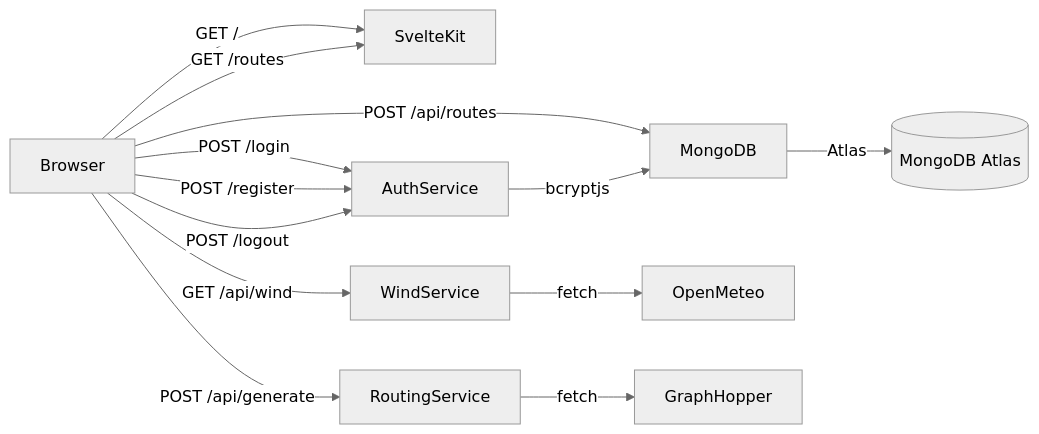
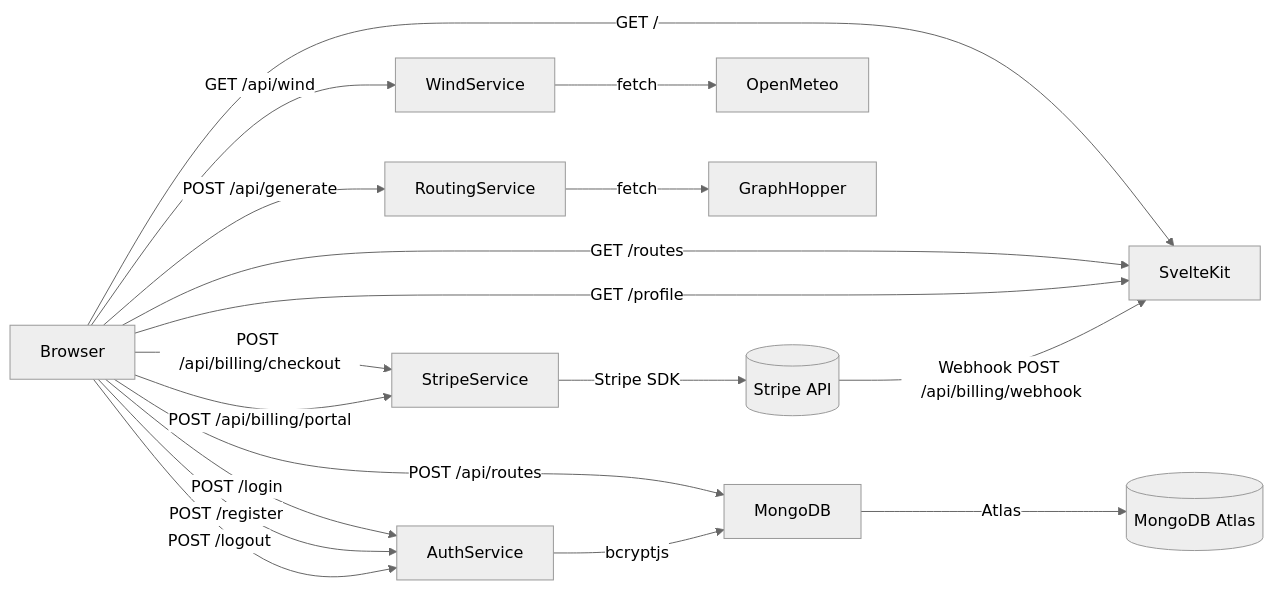
Before and after one commit to desalce/WindRoute: the diagram in README.md, drawn with Mermaid (neutral theme). The commit also changed other lines of this file and 14 other files, not shown here.

````diff
--- a/README.md
+++ b/README.md
@@ -143,15 +144,20 @@
 ```mermaid
 graph LR
     Browser -->|GET /| SvelteKit
     Browser -->|GET /routes| SvelteKit
+    Browser -->|GET /profile| SvelteKit
     Browser -->|POST /login| AuthService
     Browser -->|POST /register| AuthService
     Browser -->|POST /logout| AuthService
     Browser -->|GET /api/wind| WindService
     Browser -->|POST /api/generate| RoutingService
     Browser -->|POST /api/routes| MongoDB
+    Browser -->|POST /api/billing/checkout| StripeService
+    Browser -->|POST /api/billing/portal| StripeService
     AuthService -->|bcryptjs| MongoDB
     WindService -->|fetch| OpenMeteo
     RoutingService -->|fetch| GraphHopper
+    StripeService -->|Stripe SDK| Stripe[(Stripe API)]
+    Stripe -->|Webhook POST /api/billing/webhook| SvelteKit
     MongoDB -->|Atlas| Cloud[(MongoDB Atlas)]
 ```
````
